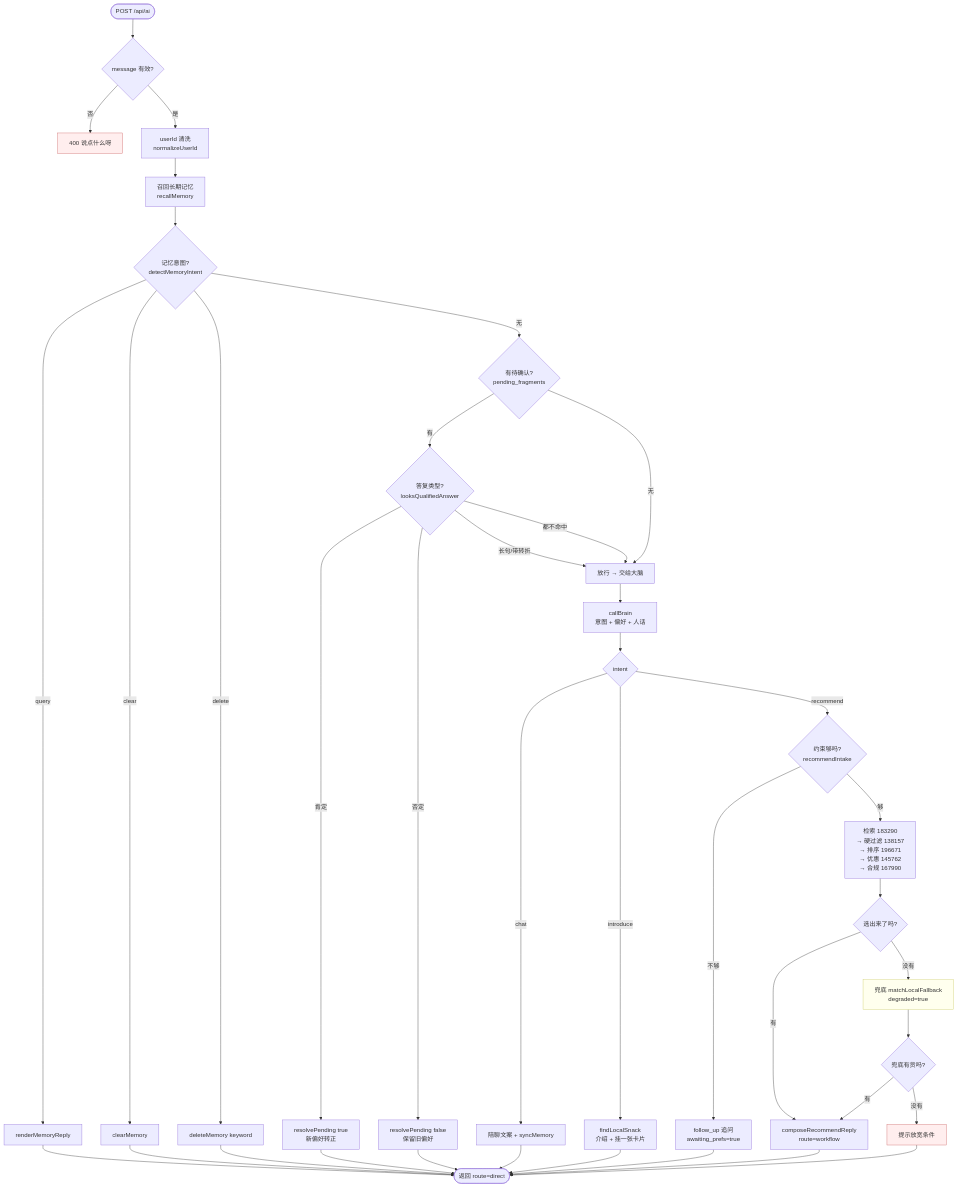
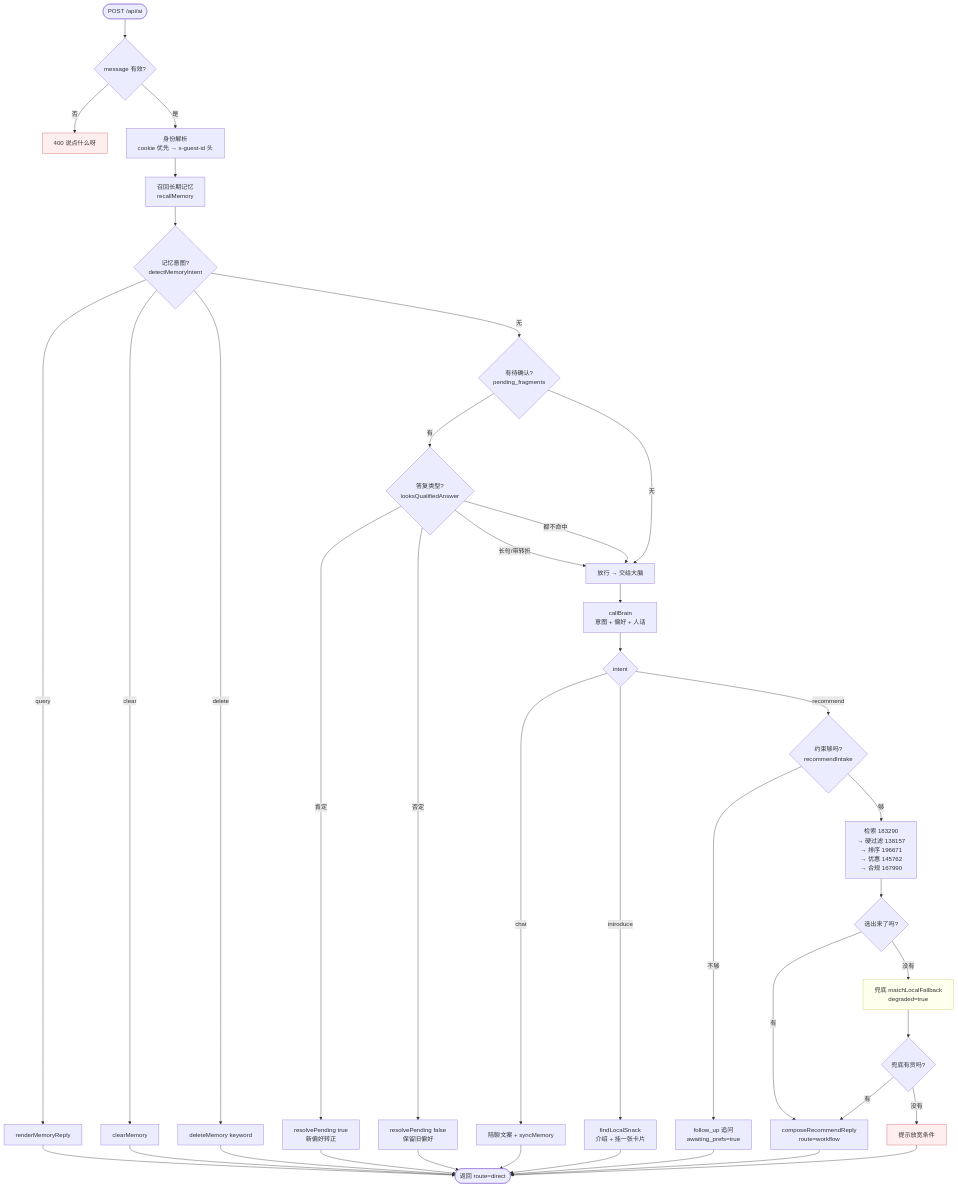
One commit to jaytwins1109-gif/cuixiang-agent changed the diagram in README.md. Above: the diagram before and after it, drawn with Mermaid. The commit also changed other lines of this file and 12 other files, not shown here.

````diff
--- a/README.md
+++ b/README.md
@@ -80,42 +87,42 @@
 ```mermaid
 flowchart TD
     A([POST /api/ai]) --> B{message 有效?}
     B -- 否 --> B1[400 说点什么呀]
-    B -- 是 --> C[userId 清洗<br/>normalizeUserId]
+    B -- 是 --> C[身份解析<br/>cookie 优先 → x-guest-id 头]
     C --> D[召回长期记忆<br/>recallMemory]
 
     D --> E{记忆意图?<br/>detectMemoryIntent}
     E -- query --> E1[renderMemoryReply] --> R([返回 route=direct])
     E -- clear --> E2[clearMemory] --> R
     E -- delete --> E3[deleteMemory keyword] --> R
 
     E -- 无 --> F{有待确认?<br/>pending_fragments}
     F -- 有 --> G{答复类型?<br/>looksQualifiedAnswer}
     G -- 长句/带转折 --> H[放行 → 交给大脑]
     G -- 肯定 --> G1[resolvePending true<br/>新偏好转正] --> R
     G -- 否定 --> G2[resolvePending false<br/>保留旧偏好] --> R
     G -- 都不命中 --> H
     F -- 无 --> H
 
     H --> I[callBrain<br/>意图 + 偏好 + 人话]
     I --> J{intent}
     J -- chat --> J1[陪聊文案 + syncMemory] --> R
     J -- introduce --> J2[findLocalSnack<br/>介绍 + 挂一张卡片] --> R
     J -- recommend --> K{约束够吗?<br/>recommendIntake}
 
     K -- 不够 --> K1[follow_up 追问<br/>awaiting_prefs=true] --> R
     K -- 够 --> L[检索 183290<br/>→ 硬过滤 138157<br/>→ 排序 196671<br/>→ 优惠 145762<br/>→ 合规 167990]
 
     L --> M{选出来了吗?}
     M -- 有 --> N[composeRecommendReply<br/>route=workflow]
     M -- 没有 --> O[兜底 matchLocalFallback<br/>degraded=true]
     O --> P{兜底有货吗?}
     P -- 有 --> N
     P -- 没有 --> P1[提示放宽条件]
     N --> R
     P1 --> R
 
     style B1 fill:#fee,stroke:#c66
     style O fill:#ffe,stroke:#cc6
     style P1 fill:#fee,stroke:#c66
 ```
````
